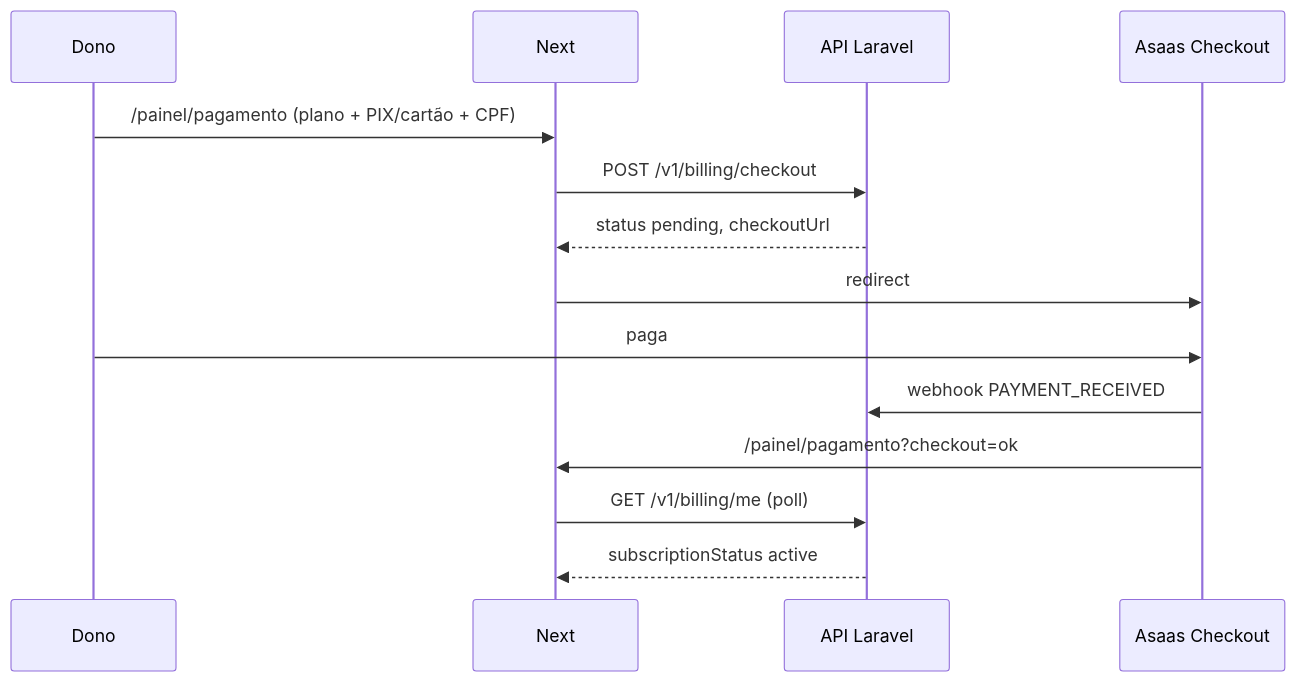
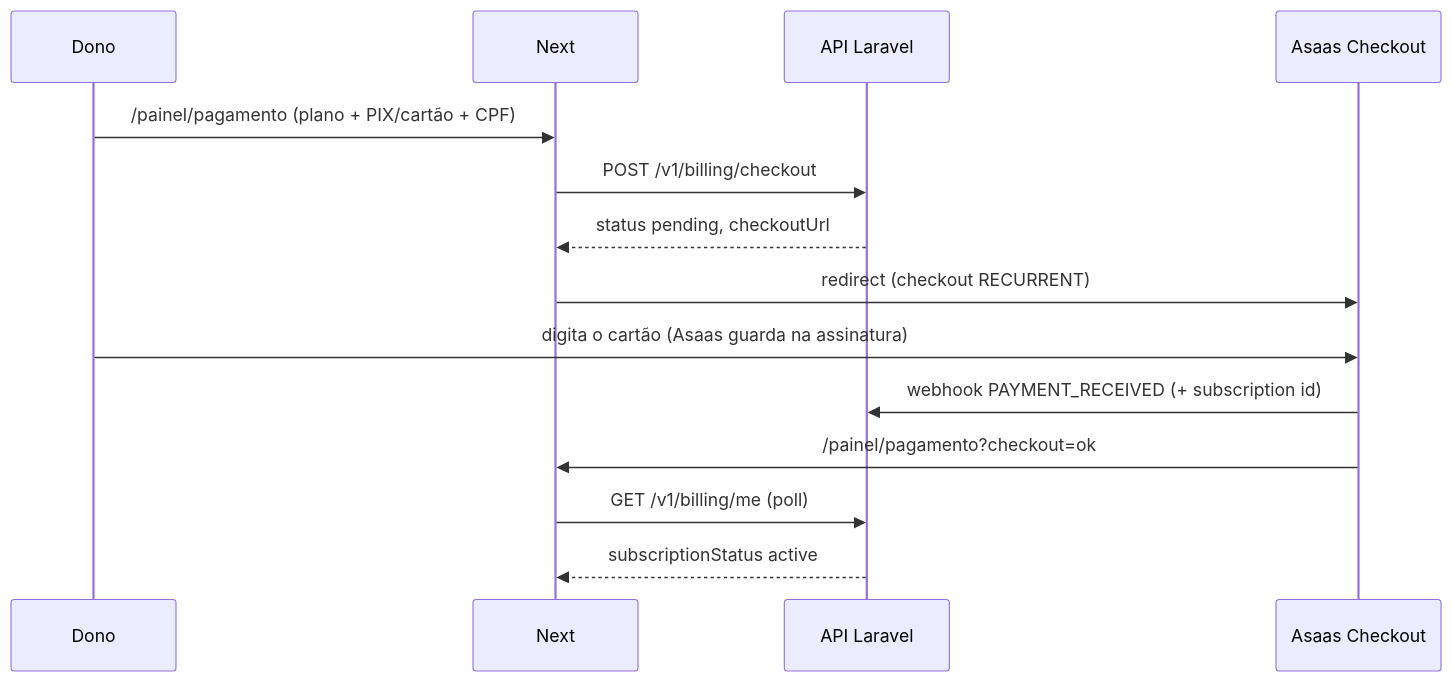
The diagram in docs/product/fatia-12-pagamento-asaas.md (filiperamosds/eaimesa-frontend), drawn with Mermaid before and after one commit. The commit also changed other lines of this file and 9 other files, not shown here.

First line of the commit message:
Não enviar dados de cartão no checkout stub (#12)

````diff
--- a/docs/product/fatia-12-pagamento-asaas.md
+++ b/docs/product/fatia-12-pagamento-asaas.md
@@ -41,17 +42,17 @@
 ```mermaid
 sequenceDiagram
   participant D as Dono
   participant W as Next
   participant API as API Laravel
   participant A as Asaas Checkout
 
   D->>W: /painel/pagamento (plano + PIX/cartão + CPF)
   W->>API: POST /v1/billing/checkout
   API-->>W: status pending, checkoutUrl
-  W->>A: redirect
-  D->>A: paga
-  A->>API: webhook PAYMENT_RECEIVED
+  W->>A: redirect (checkout RECURRENT)
+  D->>A: digita o cartão (Asaas guarda na assinatura)
+  A->>API: webhook PAYMENT_RECEIVED (+ subscription id)
   A->>W: /painel/pagamento?checkout=ok
   W->>API: GET /v1/billing/me (poll)
   API-->>W: subscriptionStatus active
 ```
````
